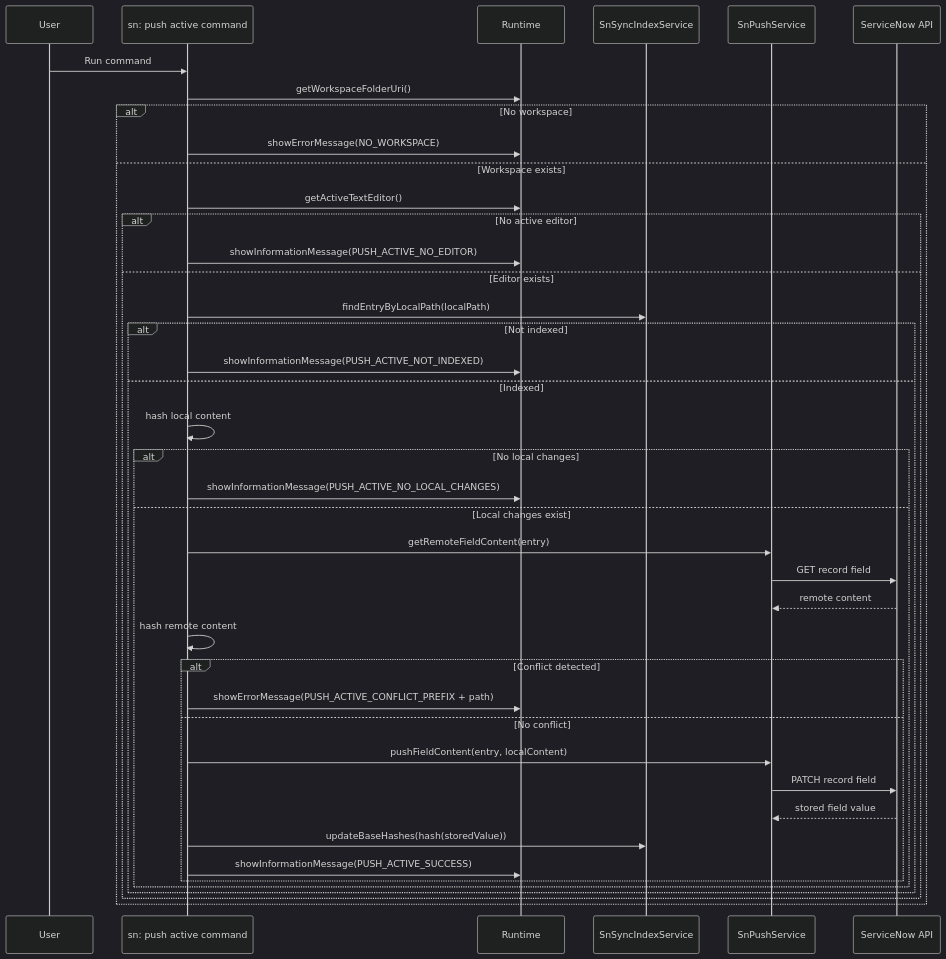
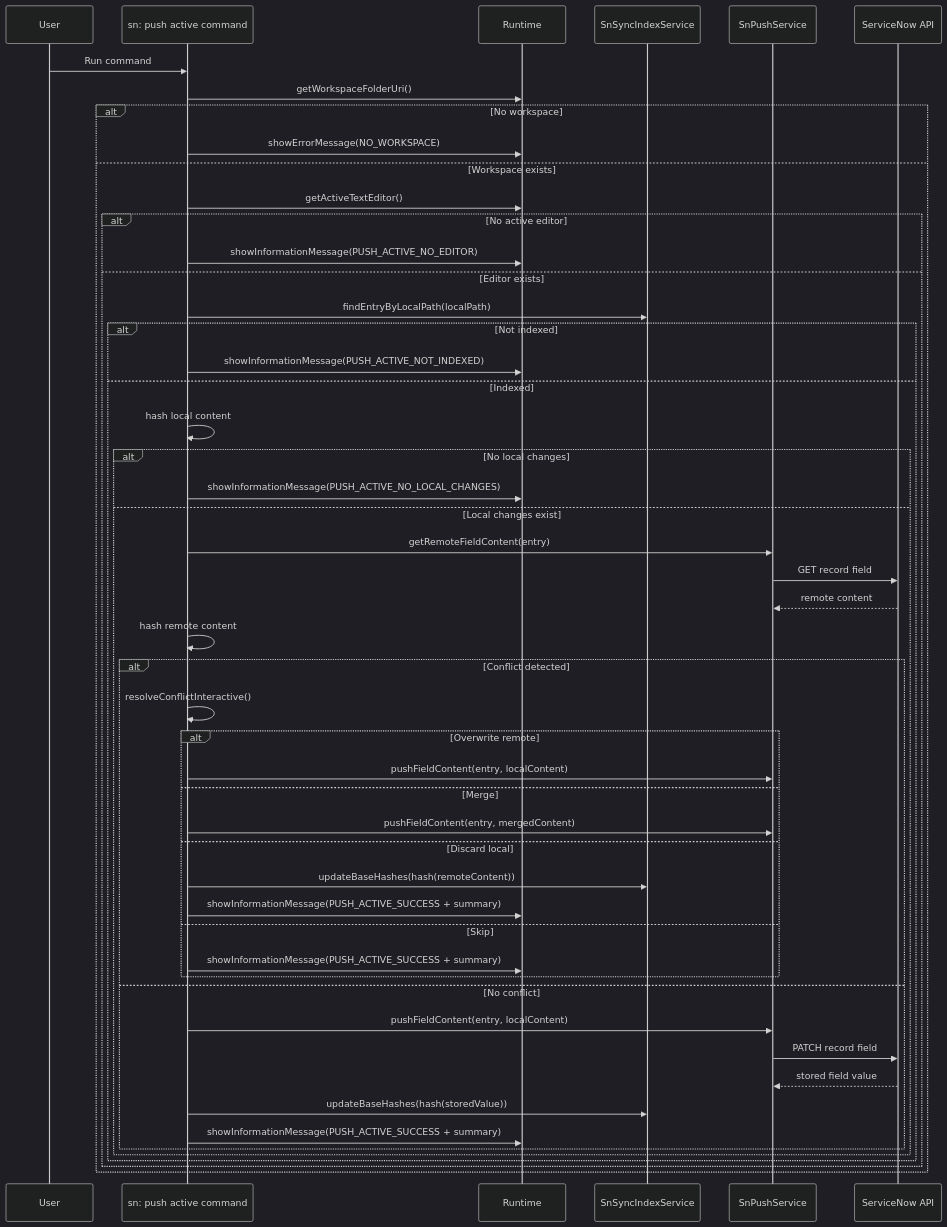
Before and after one commit to AlexAlvarez092/sn-sync: the diagram in docs/sn-push-active.md, drawn with Mermaid (dark theme). The commit also changed other lines of this file and 5 other files, not shown here.

Commit message:
feat(push): enhance conflict resolution with interactive options and update documentation

````diff
--- a/docs/sn-push-active.md
+++ b/docs/sn-push-active.md
@@ -80,44 +98,54 @@
 ```mermaid
 sequenceDiagram
 	participant U as User
 	participant C as sn: push active command
 	participant R as Runtime
 	participant I as SnSyncIndexService
 	participant P as SnPushService
 	participant N as ServiceNow API
 
 	U->>C: Run command
 	C->>R: getWorkspaceFolderUri()
 	alt No workspace
 		C->>R: showErrorMessage(NO_WORKSPACE)
 	else Workspace exists
 		C->>R: getActiveTextEditor()
 		alt No active editor
 			C->>R: showInformationMessage(PUSH_ACTIVE_NO_EDITOR)
 		else Editor exists
 			C->>I: findEntryByLocalPath(localPath)
 			alt Not indexed
 				C->>R: showInformationMessage(PUSH_ACTIVE_NOT_INDEXED)
 			else Indexed
 				C->>C: hash local content
 				alt No local changes
 					C->>R: showInformationMessage(PUSH_ACTIVE_NO_LOCAL_CHANGES)
 				else Local changes exist
 					C->>P: getRemoteFieldContent(entry)
 					P->>N: GET record field
 					N-->>P: remote content
 					C->>C: hash remote content
 					alt Conflict detected
-						C->>R: showErrorMessage(PUSH_ACTIVE_CONFLICT_PREFIX + path)
+						C->>C: resolveConflictInteractive()
+						alt Overwrite remote
+							C->>P: pushFieldContent(entry, localContent)
+						else Merge
+							C->>P: pushFieldContent(entry, mergedContent)
+						else Discard local
+							C->>I: updateBaseHashes(hash(remoteContent))
+							C->>R: showInformationMessage(PUSH_ACTIVE_SUCCESS + summary)
+						else Skip
+							C->>R: showInformationMessage(PUSH_ACTIVE_SUCCESS + summary)
+						end
 					else No conflict
 						C->>P: pushFieldContent(entry, localContent)
 						P->>N: PATCH record field
 						N-->>P: stored field value
 						C->>I: updateBaseHashes(hash(storedValue))
-						C->>R: showInformationMessage(PUSH_ACTIVE_SUCCESS)
+						C->>R: showInformationMessage(PUSH_ACTIVE_SUCCESS + summary)
 					end
 				end
 			end
 		end
 	end
 ```
````
